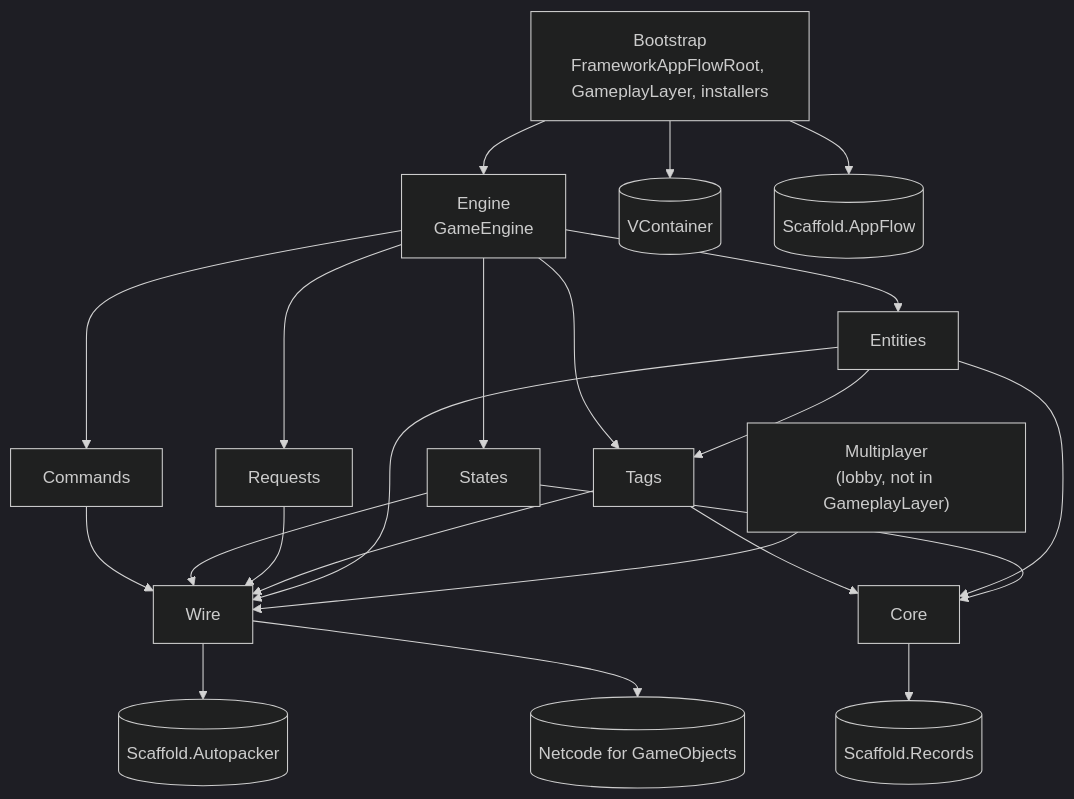
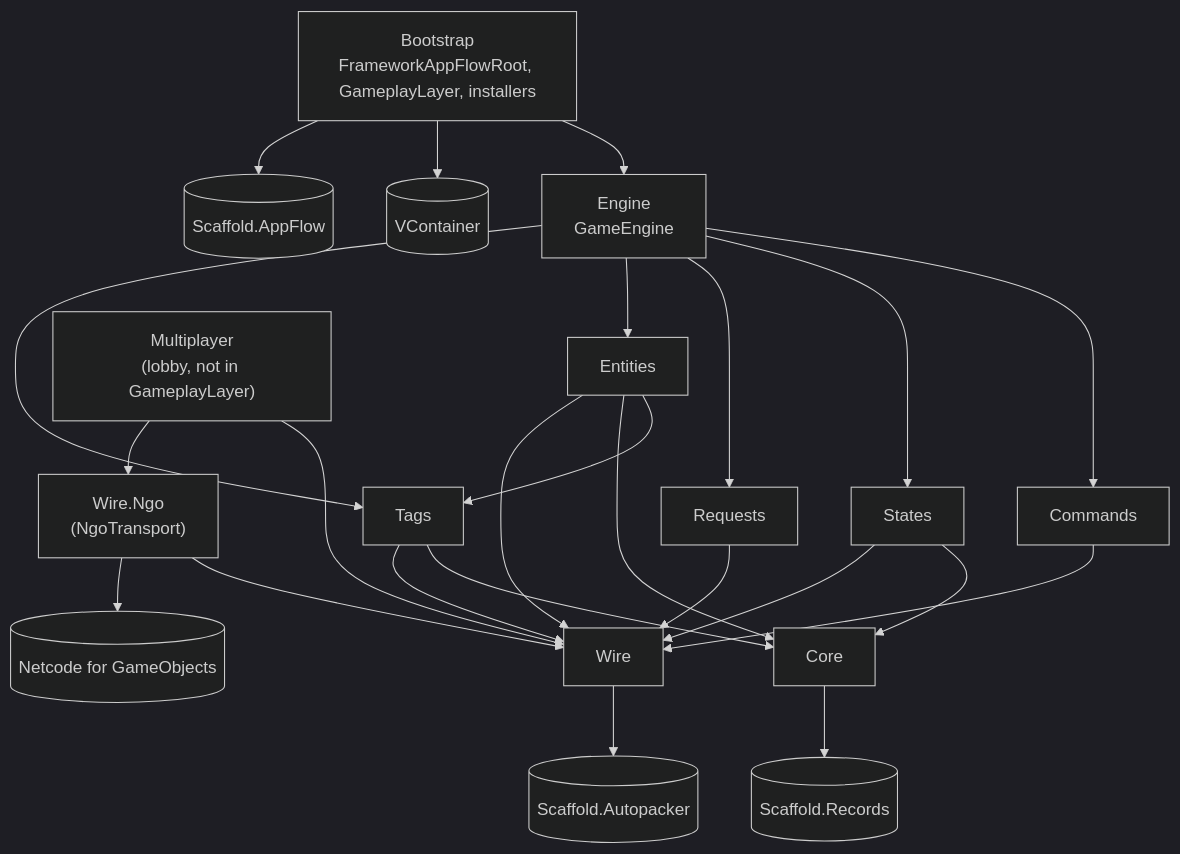
Before and after one commit to MgCohen/Card-Framework: the second of 2 diagrams in docs/architecture.md, drawn with Mermaid (dark theme). The commit also changed other lines of this file and 475 other files, not shown here.

````diff
--- a/docs/architecture.md
+++ b/docs/architecture.md
@@ -51,24 +51,26 @@
 ```mermaid
 flowchart TD
   BOOT["Bootstrap<br/>FrameworkAppFlowRoot, GameplayLayer, installers"] --> ENG[Engine<br/>GameEngine]
   ENG --> CMD[Commands]
   ENG --> ST[States]
   ENG --> REQ[Requests]
   ENG --> ENT[Entities]
   ENG --> TAG[Tags]
   ENT --> TAG
   TAG --> CORE[Core]
   ENT --> CORE
   ST --> CORE
   CMD --> WIRE[Wire]
   ST --> WIRE
   REQ --> WIRE
   TAG --> WIRE
   ENT --> WIRE
   MP["Multiplayer<br/>(lobby, not in GameplayLayer)"] --> WIRE
+  MP --> WNGO["Wire.Ngo<br/>(NgoTransport)"]
+  WNGO --> WIRE
   BOOT --> VC[(VContainer)]
   BOOT --> AF[(Scaffold.AppFlow)]
   WIRE --> AP[(Scaffold.Autopacker)]
-  WIRE --> NGO[(Netcode for GameObjects)]
+  WNGO --> NGO[(Netcode for GameObjects)]
   CORE --> REC[(Scaffold.Records)]
 ```
````
